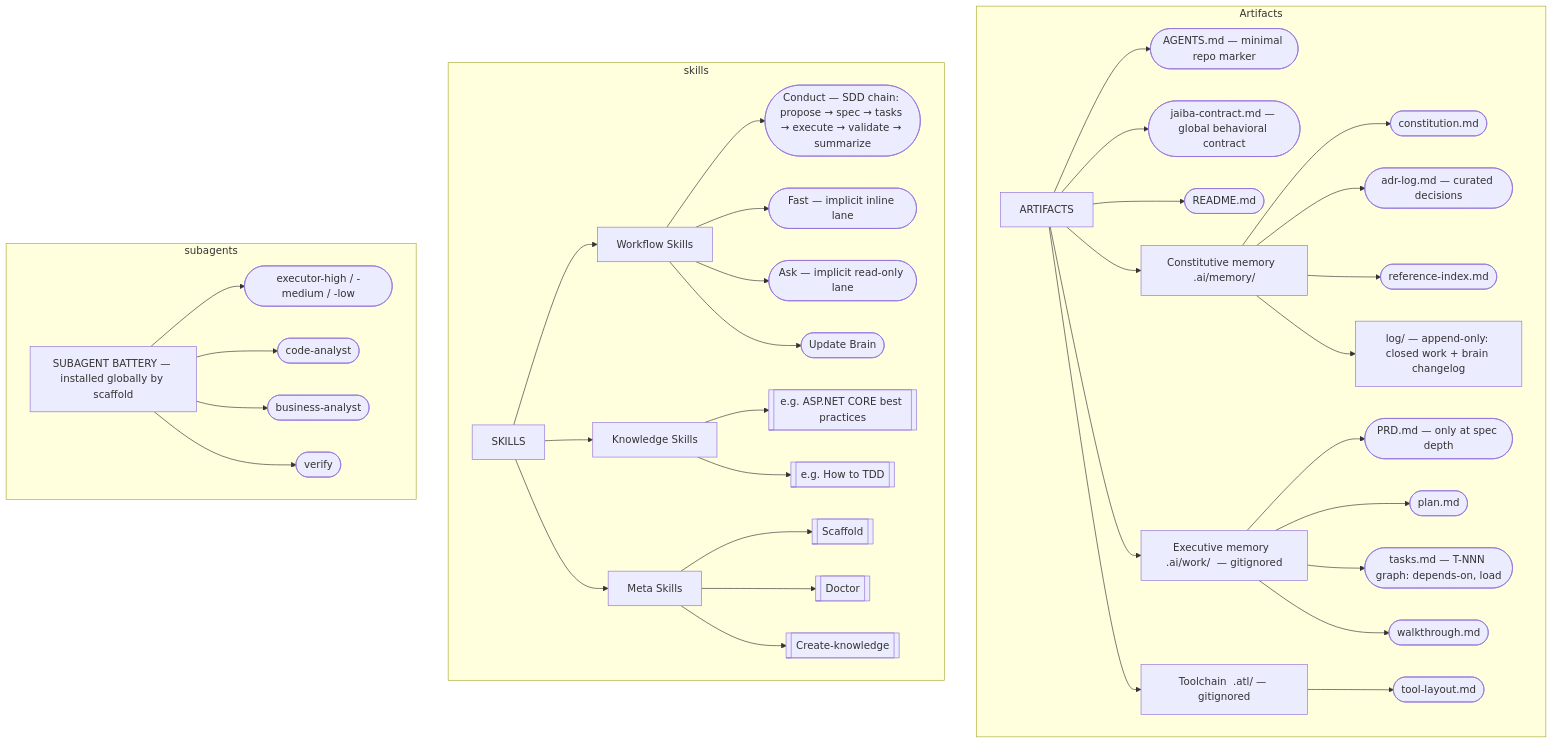
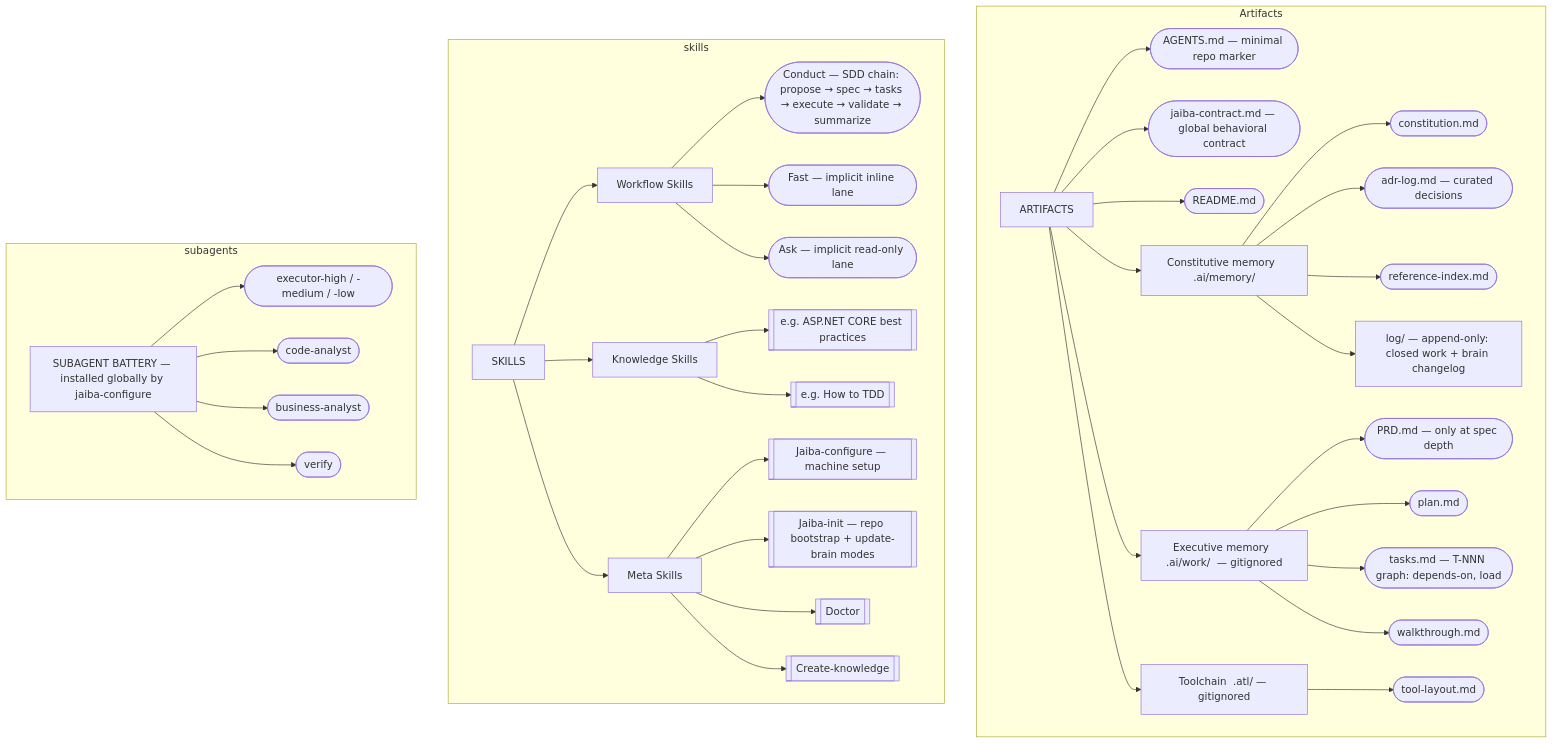
One commit to atlasfoo/jaiba-framework changed the diagram in AGENTS.md. Above: the diagram before and after it, drawn with Mermaid. The commit also changed other lines of this file and 50 other files, not shown here.

````diff
--- a/AGENTS.md
+++ b/AGENTS.md
@@ -33,52 +33,52 @@
 ```mermaid
 graph TD
     subgraph Artifacts
         AA[ARTIFACTS]
 
         AA --> AX([AGENTS.md — minimal repo marker])
         AA --> AZ([jaiba-contract.md — global behavioral contract])
         AA --> AY([README.md])
         AA --> AB[Constitutive memory  .ai/memory/]
         AA --> AD[Executive memory  .ai/work/  — gitignored]
         AA --> AE[Toolchain  .atl/ — gitignored]
 
         AB --> AF([constitution.md])
         AB --> AG([adr-log.md — curated decisions])
         AB --> AH([reference-index.md])
         AB --> AM[log/ — append-only: closed work + brain changelog]
 
         AD --> AI([PRD.md — only at spec depth])
         AD --> AK([plan.md])
         AD --> AL([tasks.md — T-NNN graph: depends-on, load])
         AD --> AN([walkthrough.md])
 
         AE --> AO([tool-layout.md])
     end
 
     subgraph skills
         A[SKILLS]
         A --> B[Workflow Skills]
         A --> C[Knowledge Skills]
         A --> D[Meta Skills]
 
         B --> E([Conduct — SDD chain: propose → spec → tasks → execute → validate → summarize])
         B --> G([Fast — implicit inline lane])
         B --> H([Ask — implicit read-only lane])
-        B --> I([Update Brain])
 
         C --> J[[e.g. ASP.NET CORE best practices]]
         C --> L[[e.g. How to TDD]]
 
-        D --> K[[Scaffold]]
+        D --> K[[Jaiba-configure — machine setup]]
+        D --> I[[Jaiba-init — repo bootstrap + update-brain modes]]
         D --> N[[Doctor]]
         D --> M[[Create-knowledge]]
     end
 
     subgraph subagents
-        S[SUBAGENT BATTERY — installed globally by scaffold]
+        S[SUBAGENT BATTERY — installed globally by jaiba-configure]
         S --> S1([executor-high / -medium / -low])
         S --> S2([code-analyst])
         S --> S3([business-analyst])
         S --> S4([verify])
     end
 ```
````
